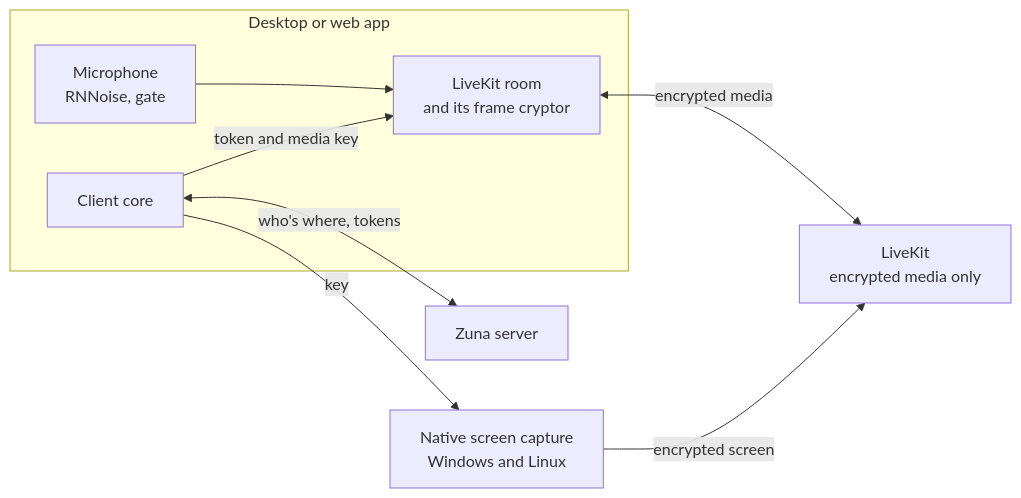
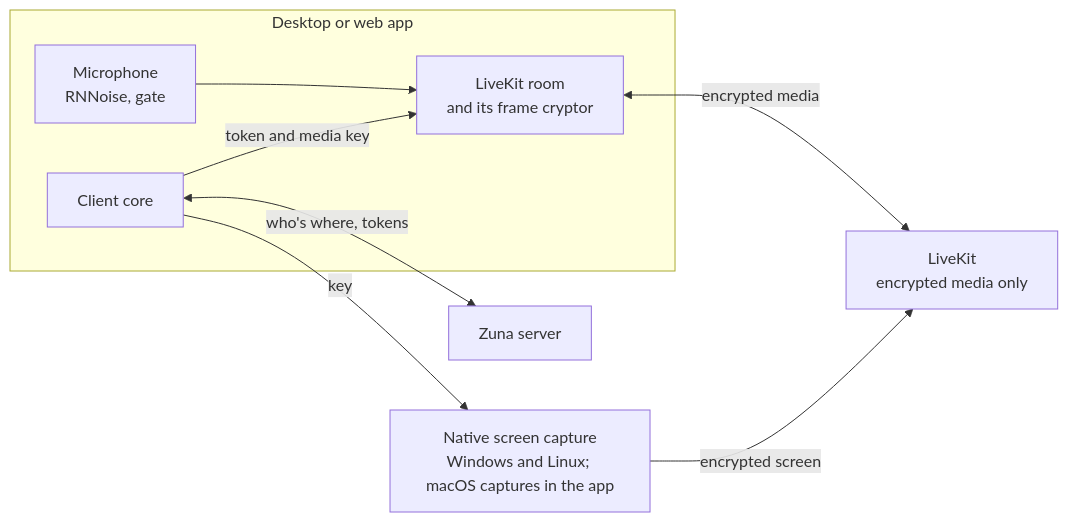
The second of 2 diagrams in docs/ARCHITECTURE.md (zuna-app/zuna), drawn with Mermaid before and after one commit. The commit also changed other lines of this file and 2 other files, not shown here.

Commit message:
Say in ARCHITECTURE where the native app cleans the microphone and captures on macOS
The voice section said the microphone goes through an AudioWorklet, which is only the web's way: the native app runs RNNoise and the gate on its audio thread, in voice/mic.rs. Its diagram showed native screen capture on Windows and Linux alone, though macOS captures in the app.

````diff
--- a/docs/ARCHITECTURE.md
+++ b/docs/ARCHITECTURE.md
@@ -66,17 +66,17 @@
 ```mermaid
 flowchart LR
   subgraph App["Desktop or web app"]
     Core["Client core"]
     Room["LiveKit room<br/>and its frame cryptor"]
     Mic["Microphone<br/>RNNoise, gate"]
     Mic --> Room
     Core -->|"token and media key"| Room
   end
-  Native["Native screen capture<br/>Windows and Linux"]
+  Native["Native screen capture<br/>Windows and Linux; macOS captures in the app"]
   Zuna["Zuna server"]
   LiveKit["LiveKit<br/>encrypted media only"]
   Core <-->|"who's where, tokens"| Zuna
   Room <-->|"encrypted media"| LiveKit
   Native -->|"encrypted screen"| LiveKit
   Core -->|"key"| Native
 ```
````
